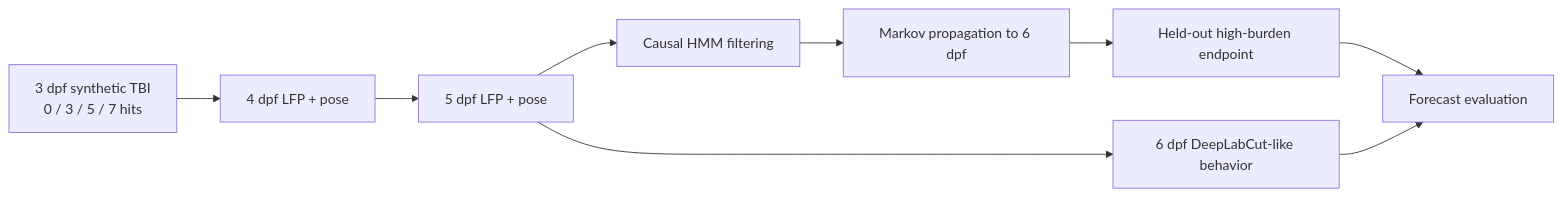
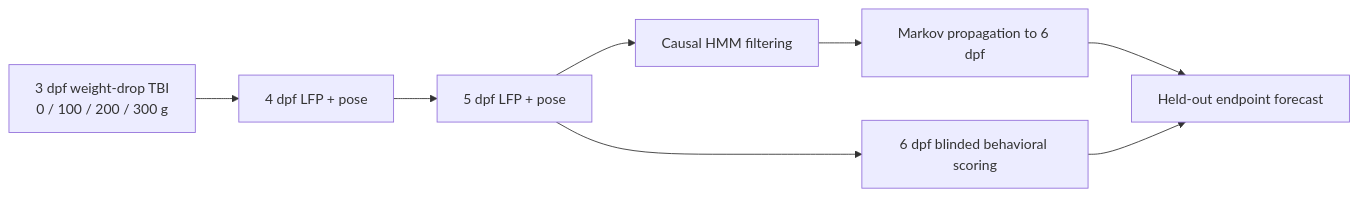
One commit to josephreggy23-coder/Latent-Period-Epileptogenesis-Assessment-Via-Markov-Modeling changed the diagram in README.md. Above: the diagram before and after it, drawn with Mermaid. The commit also changed other lines of this file and 64 other files, not shown here.

````diff
--- a/README.md
+++ b/README.md
@@ -65,11 +61,10 @@
 ```mermaid
 flowchart LR
-    A["3 dpf synthetic TBI<br/>0 / 3 / 5 / 7 hits"] --> B["4 dpf LFP + pose"]
+    A["3 dpf weight-drop TBI<br/>0 / 100 / 200 / 300 g"] --> B["4 dpf LFP + pose"]
     B --> C["5 dpf LFP + pose"]
     C --> D["Causal HMM filtering"]
     D --> E["Markov propagation to 6 dpf"]
-    E --> F["Held-out high-burden endpoint"]
-    C --> G["6 dpf DeepLabCut-like behavior"]
-    F --> H["Forecast evaluation"]
-    G --> H
+    E --> F["Held-out endpoint forecast"]
+    C --> G["6 dpf blinded behavioral scoring"]
+    G --> F
 ```
````
